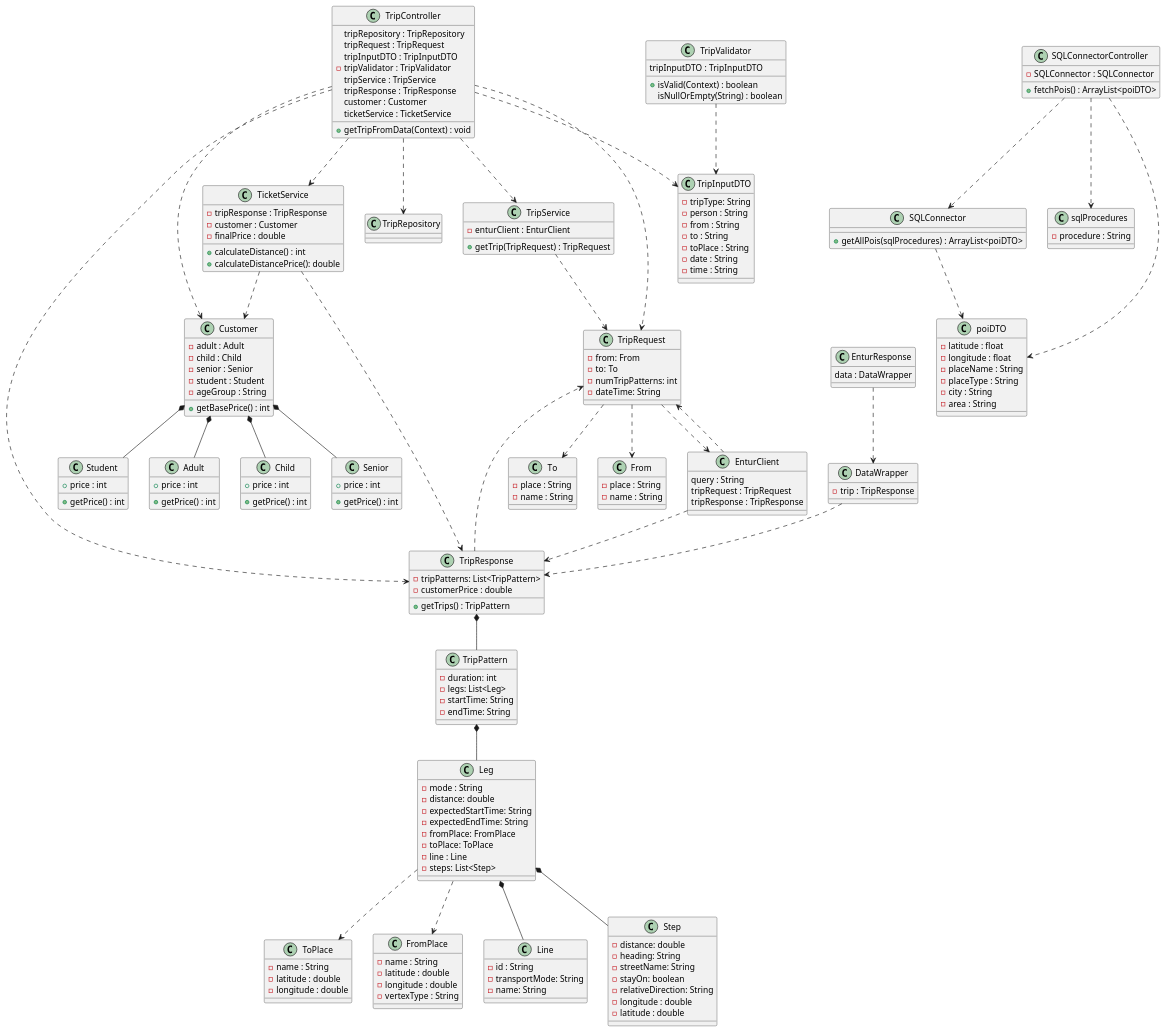
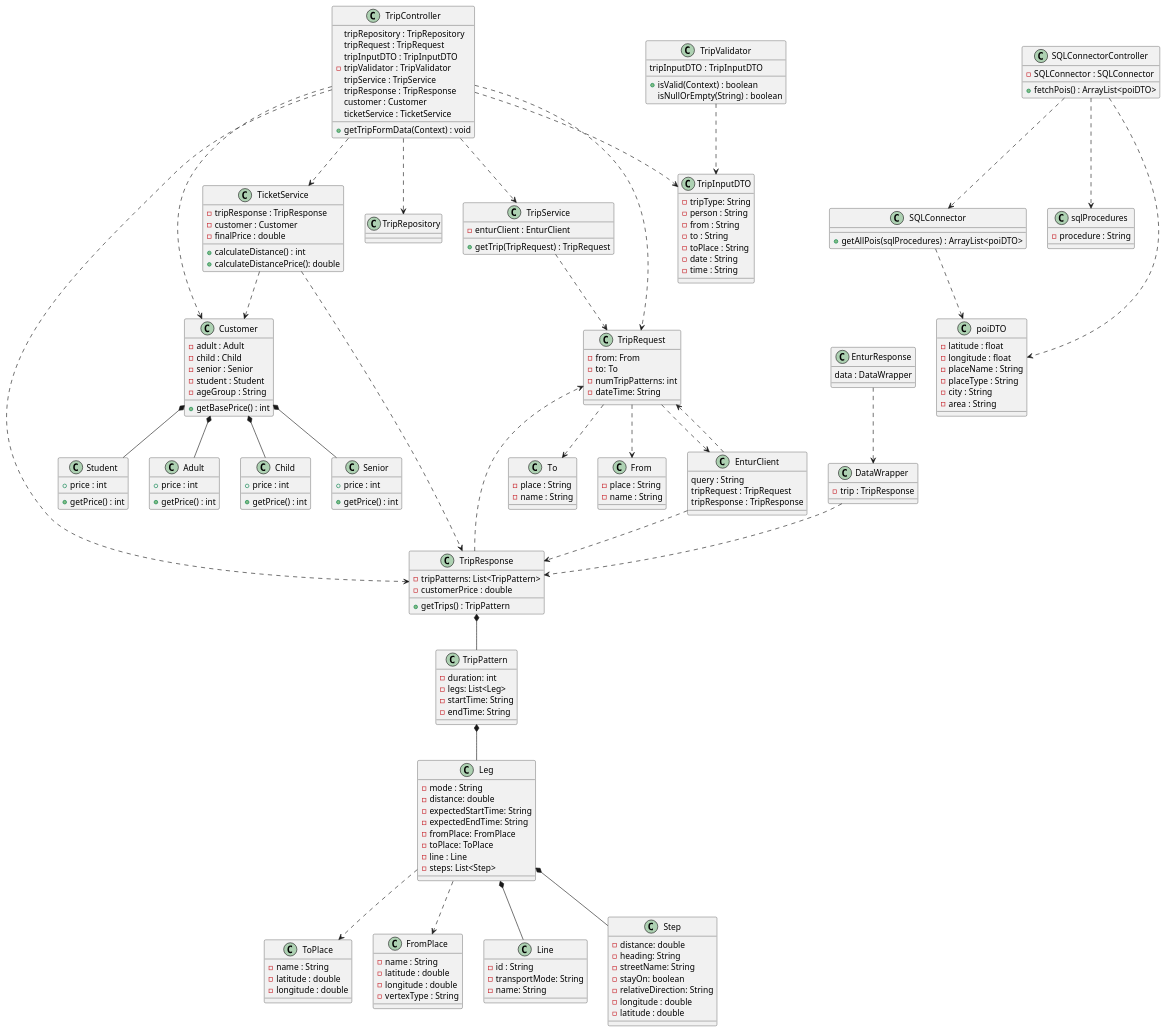
The diagram in backend/src/modellering/TripClasses.puml (nafisaaay/SET-group-7), drawn with PlantUML before and after one commit.

Commit message:
fix: skrivefeil i TripClasses diagram

```diff
--- a/backend/src/modellering/TripClasses.puml
+++ b/backend/src/modellering/TripClasses.puml
@@ -127,7 +127,7 @@
     tripResponse : TripResponse
     customer : Customer
     ticketService : TicketService
-    + getTripFromData(Context) : void
+    + getTripFormData(Context) : void
 }
 
 class TripRepository{
```
